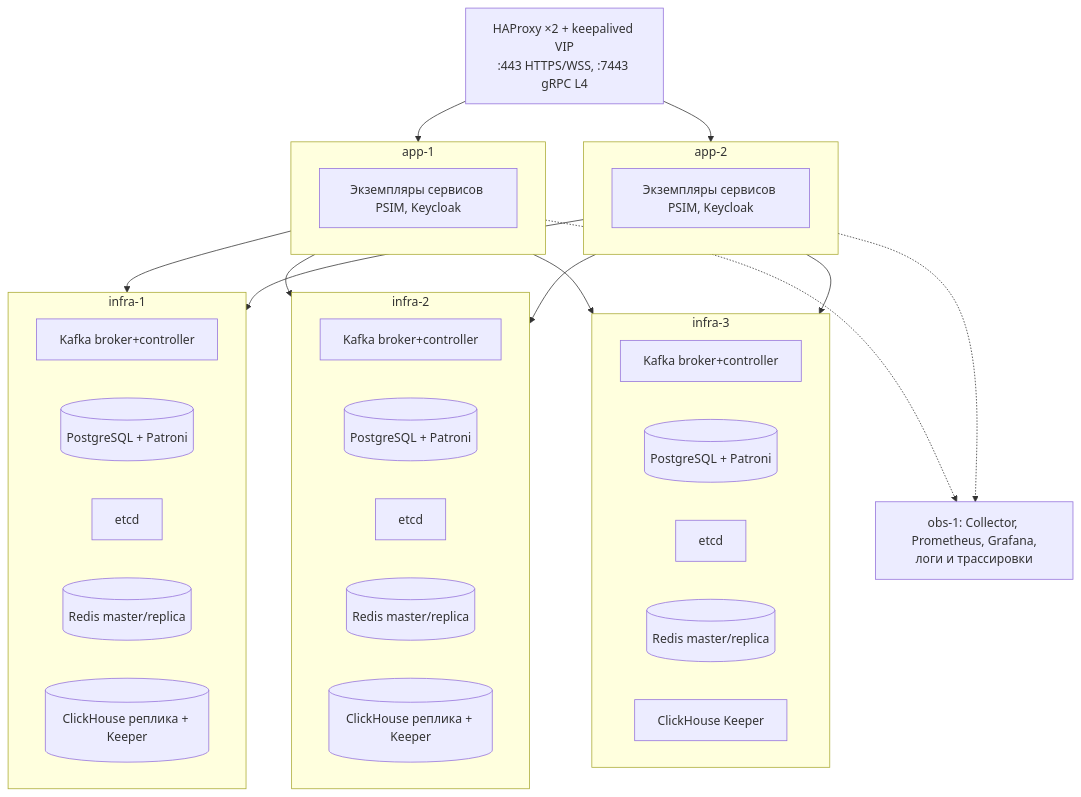
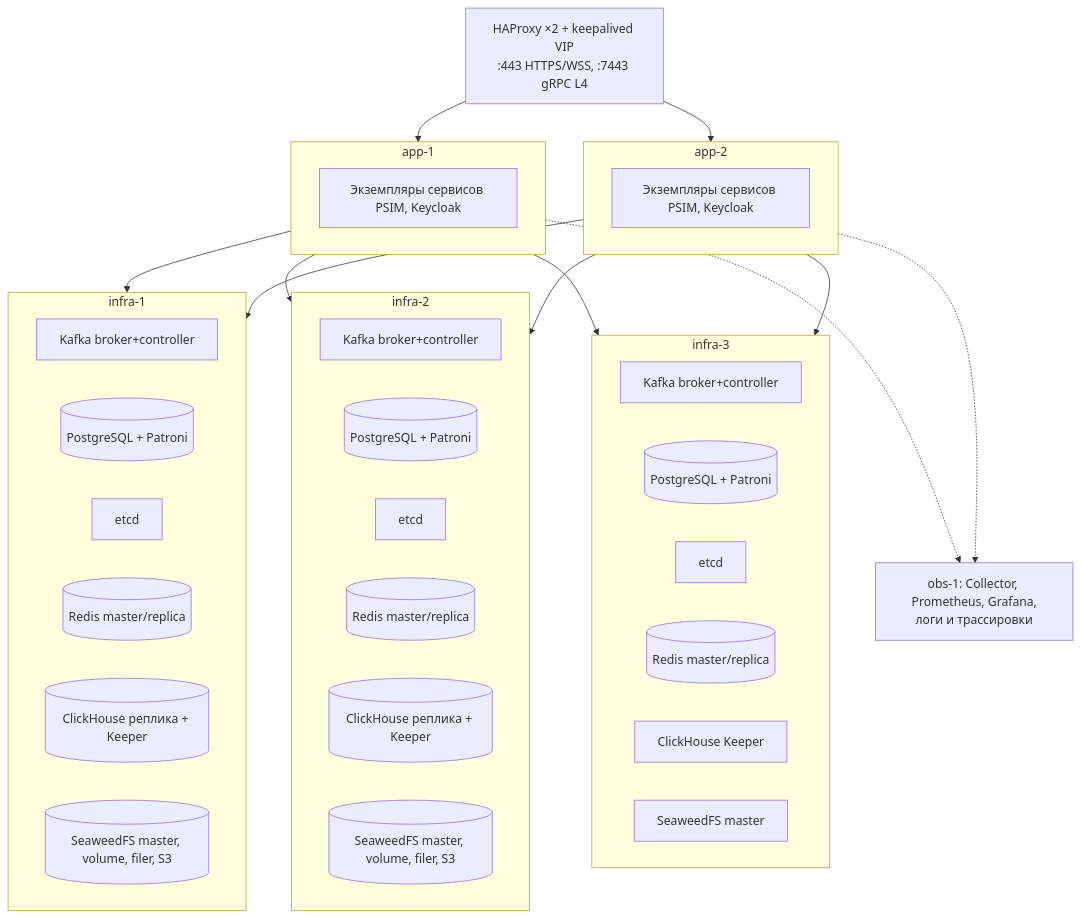
One commit to d8zerg/psim changed the second of 2 diagrams in docs/architecture/deployment.md. Above: the diagram before and after it, drawn with Mermaid. The commit also changed other lines of this file and 6 other files, not shown here.

````diff
--- a/docs/architecture/deployment.md
+++ b/docs/architecture/deployment.md
@@ -69,38 +69,41 @@
 ```mermaid
 flowchart TB
     LB[HAProxy ×2 + keepalived VIP<br/>:443 HTTPS/WSS, :7443 gRPC L4]
     subgraph I1 [infra-1]
         K1[Kafka broker+controller]
         P1[(PostgreSQL + Patroni)]
         E1[etcd]
         R1[(Redis master/replica)]
         C1[(ClickHouse реплика + Keeper)]
+        F1[(SeaweedFS master, volume, filer, S3)]
     end
     subgraph I2 [infra-2]
         K2[Kafka broker+controller]
         P2[(PostgreSQL + Patroni)]
         E2[etcd]
         R2[(Redis master/replica)]
         C2[(ClickHouse реплика + Keeper)]
+        F2[(SeaweedFS master, volume, filer, S3)]
     end
     subgraph I3 [infra-3]
         K3[Kafka broker+controller]
         P3[(PostgreSQL + Patroni)]
         E3[etcd]
         R3[(Redis master/replica)]
         C3[ClickHouse Keeper]
+        F3[SeaweedFS master]
     end
     subgraph A1 [app-1]
         SA[Экземпляры сервисов PSIM, Keycloak]
     end
     subgraph A2 [app-2]
         SB[Экземпляры сервисов PSIM, Keycloak]
     end
     OBS[obs-1: Collector, Prometheus, Grafana,<br/>логи и трассировки]
     LB --> A1
     LB --> A2
     A1 --> I1 & I2 & I3
     A2 --> I1 & I2 & I3
     A1 -.-> OBS
     A2 -.-> OBS
 ```
````
